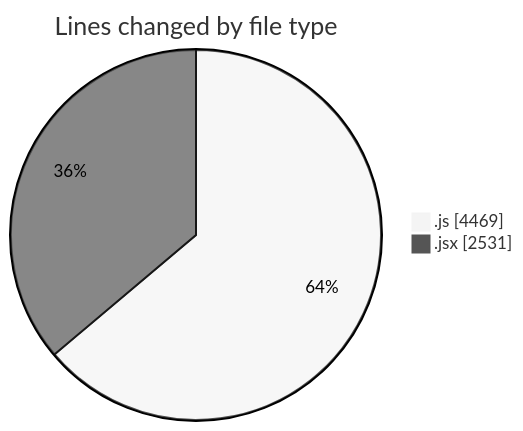
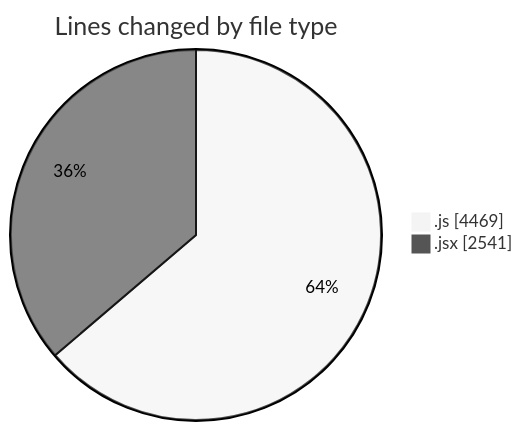
Before and after one commit to nxtqubesakshisongat/code-tracking: the first of 2 diagrams in 2025-08-13/nxtqube_webapp/README.md, drawn with Mermaid (neutral theme). The commit also changed other lines of this file and 1 other file, not shown here.

````diff
--- a/2025-08-13/nxtqube_webapp/README.md
+++ b/2025-08-13/nxtqube_webapp/README.md
@@ -26,6 +26,6 @@
 ```mermaid
 pie showData
 title Lines changed by file type
 ".js" : 4469
-".jsx" : 2531
+".jsx" : 2541
 ```
````
